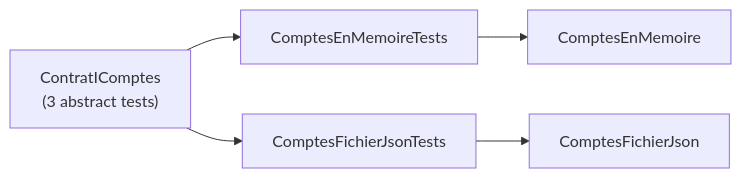
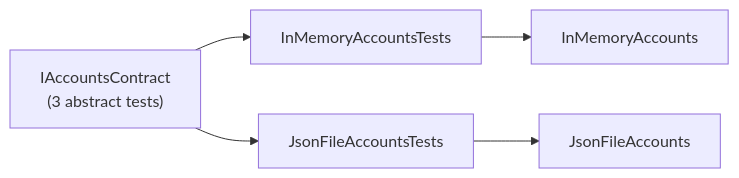
The third of 3 diagrams in Docs/en/01-hexagonale.md (drangoht/ArchitecturesDemo), drawn with Mermaid before and after one commit. The commit also changed other lines of this file and 78 other files, not shown here.

First line of the commit message:
Docs EN : identifiants, liens, diagrammes et sorties alignés sur le code anglais

````diff
--- a/Docs/en/01-hexagonale.md
+++ b/Docs/en/01-hexagonale.md
@@ -254,8 +254,8 @@
 ```mermaid
 flowchart LR
-    T["ContratIComptes<br/>(3 abstract tests)"]
-    T --> A["ComptesEnMemoireTests"]
-    T --> B["ComptesFichierJsonTests"]
-    A --> X["ComptesEnMemoire"]
-    B --> Y["ComptesFichierJson"]
+    T["IAccountsContract<br/>(3 abstract tests)"]
+    T --> A["InMemoryAccountsTests"]
+    T --> B["JsonFileAccountsTests"]
+    A --> X["InMemoryAccounts"]
+    B --> Y["JsonFileAccounts"]
 ```
````
